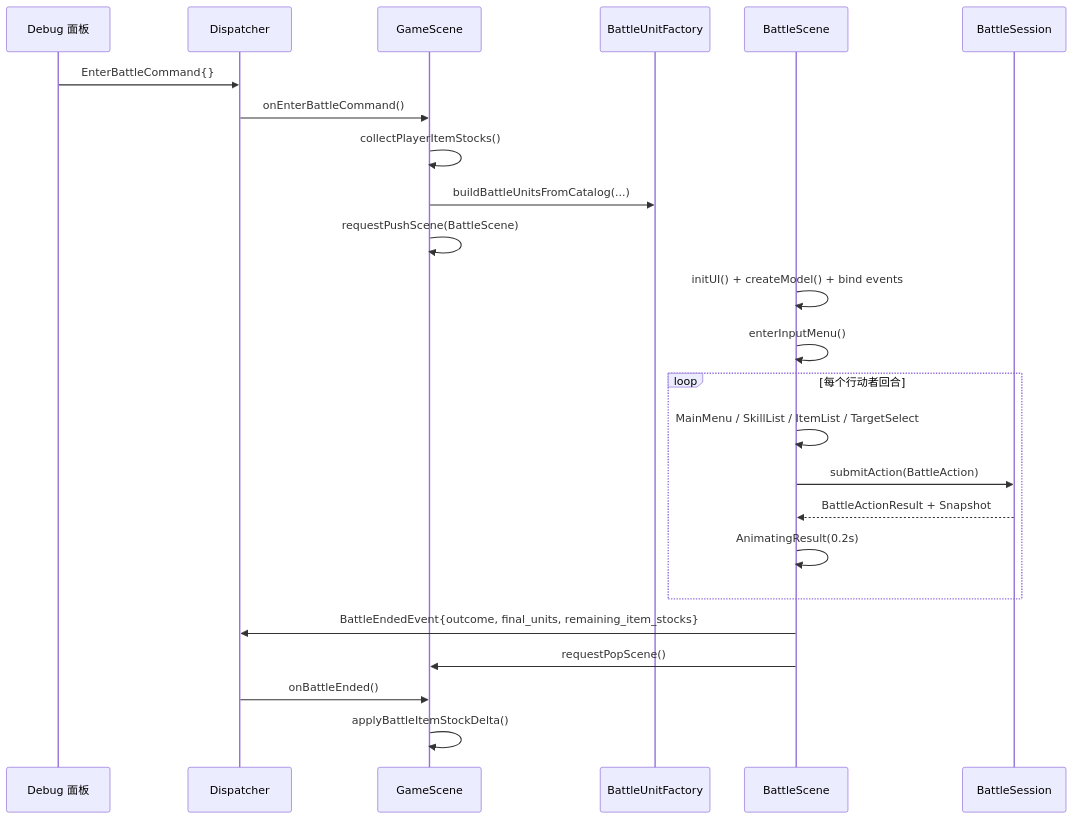
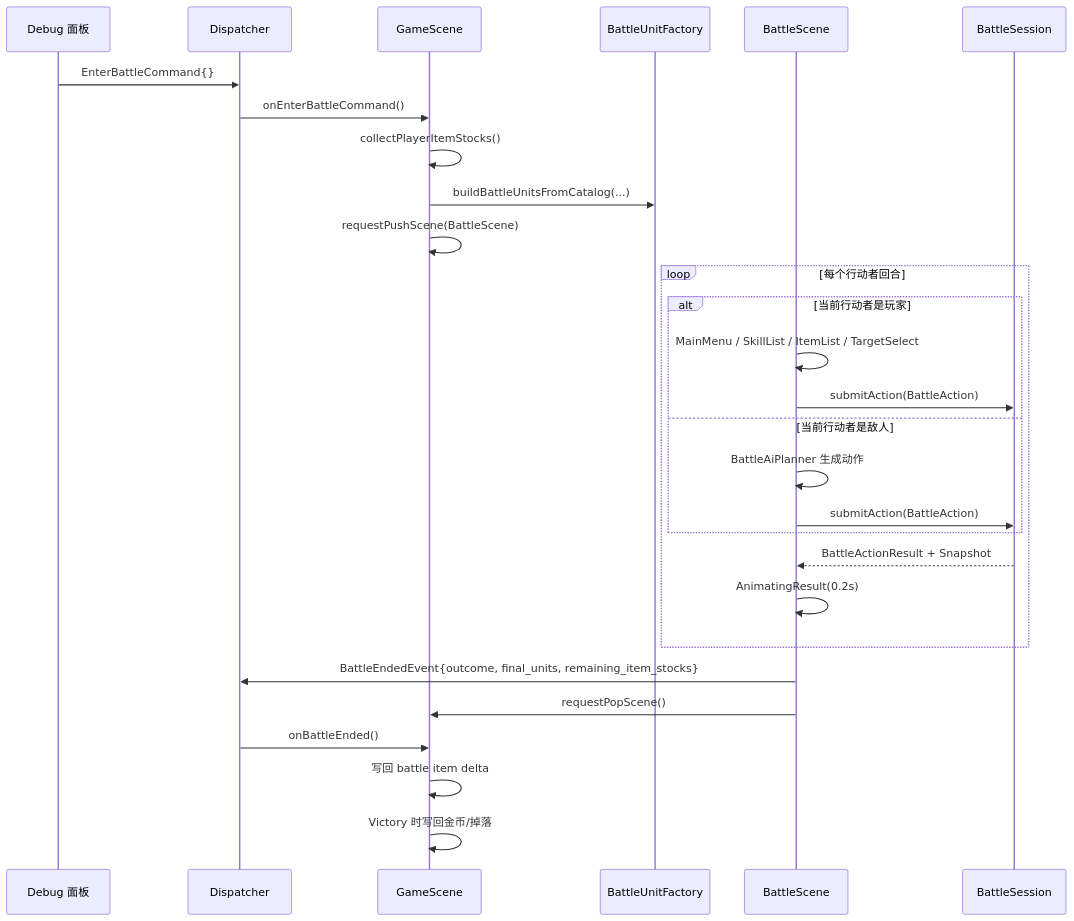
One commit to WispSnow/TinyFarmRPG changed the seventh of 7 diagrams in docs/gameplay/turn-based-battle.md. Above: the diagram before and after it, drawn with Mermaid. The commit also changed other lines of this file and 12 other files, not shown here.

````diff
--- a/docs/gameplay/turn-based-battle.md
+++ b/docs/gameplay/turn-based-battle.md
@@ -282,30 +344,33 @@
 ```mermaid
 sequenceDiagram
     participant DBG as Debug 面板
     participant D as Dispatcher
     participant GS as GameScene
     participant BUF as BattleUnitFactory
     participant BS as BattleScene
     participant SE as BattleSession
 
     DBG->>D: EnterBattleCommand{}
     D->>GS: onEnterBattleCommand()
     GS->>GS: collectPlayerItemStocks()
     GS->>BUF: buildBattleUnitsFromCatalog(...)
     GS->>GS: requestPushScene(BattleScene)
 
-    BS->>BS: initUI() + createModel() + bind events
-    BS->>BS: enterInputMenu()
-
     loop 每个行动者回合
-        BS->>BS: MainMenu / SkillList / ItemList / TargetSelect
-        BS->>SE: submitAction(BattleAction)
+        alt 当前行动者是玩家
+            BS->>BS: MainMenu / SkillList / ItemList / TargetSelect
+            BS->>SE: submitAction(BattleAction)
+        else 当前行动者是敌人
+            BS->>BS: BattleAiPlanner 生成动作
+            BS->>SE: submitAction(BattleAction)
+        end
         SE-->>BS: BattleActionResult + Snapshot
         BS->>BS: AnimatingResult(0.2s)
     end
 
     BS->>D: BattleEndedEvent{outcome, final_units, remaining_item_stocks}
     BS->>GS: requestPopScene()
     D->>GS: onBattleEnded()
-    GS->>GS: applyBattleItemStockDelta()
+    GS->>GS: 写回 battle item delta
+    GS->>GS: Victory 时写回金币/掉落
 ```
````
